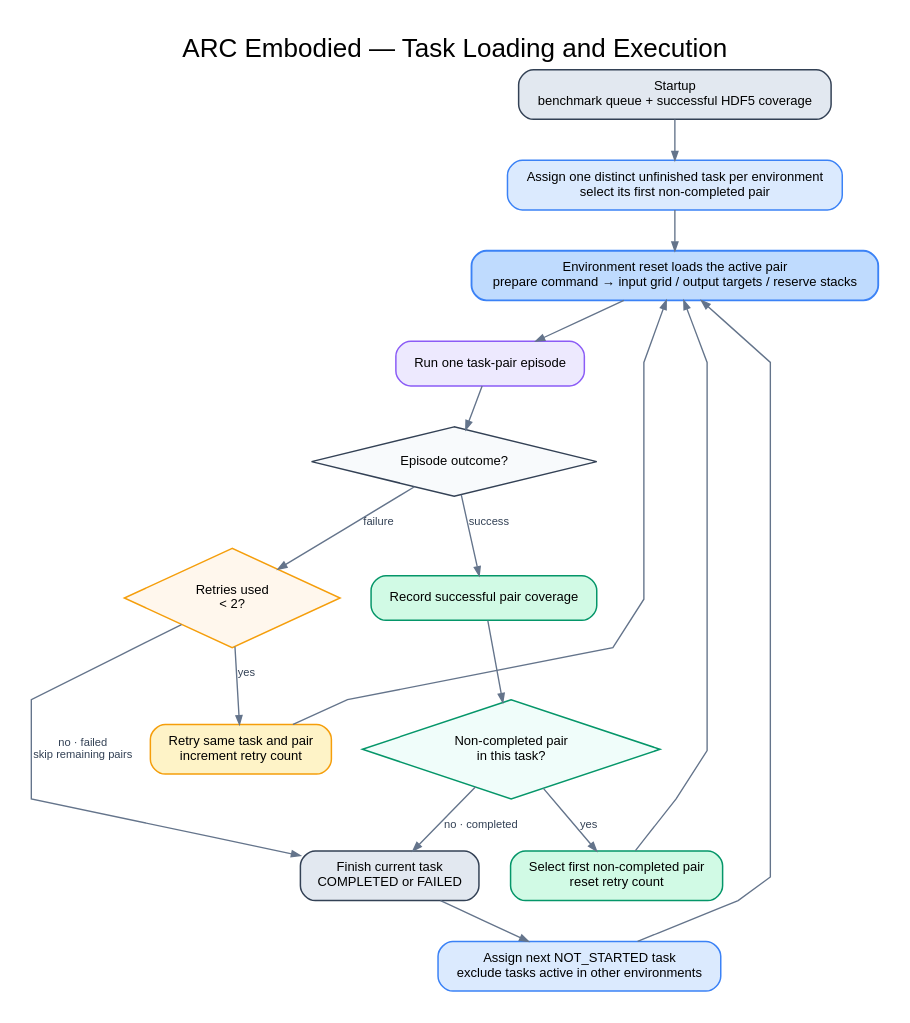
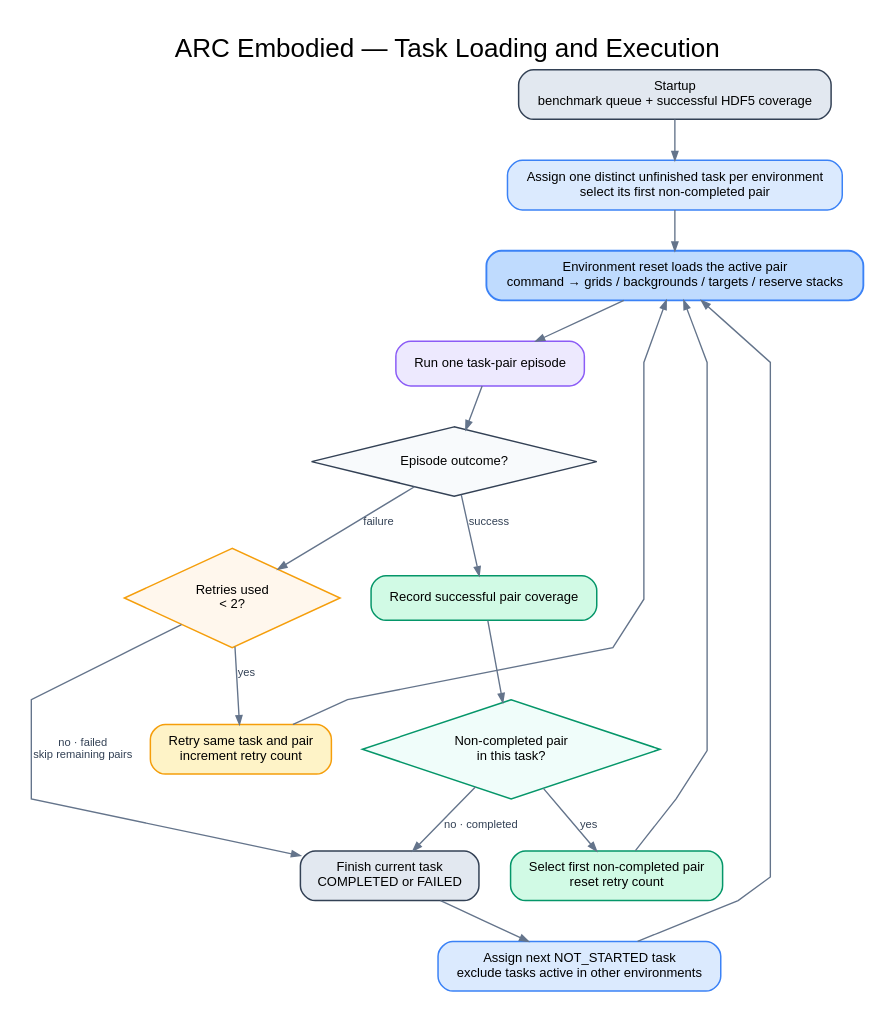
The diagram in source/era_bench/docs/architecture/arc_embodied_task_orchestration.dot (nardo7/era_bench), drawn with Graphviz before and after one commit. The commit also changed 25 other files, not shown here.

```diff
--- a/source/era_bench/docs/architecture/arc_embodied_task_orchestration.dot
+++ b/source/era_bench/docs/architecture/arc_embodied_task_orchestration.dot
@@ -1,124 +1,124 @@
 digraph ArcEmbodiedTaskOrchestration {
   graph [
     label="ARC Embodied — Task Loading and Execution",
     labelloc=t,
     fontsize=21,
     fontname="Arial",
     rankdir=TB,
     bgcolor="white",
     pad=0.25,
     nodesep=0.35,
     ranksep=0.45,
     splines=polyline
   ];
 
   node [
     shape=box,
     style="rounded,filled",
     fontname="Arial",
     fontsize=10.5,
     color="#334155",
     penwidth=1.2,
     margin="0.18,0.11"
   ];
 
   edge [
     color="#64748B",
     fontname="Arial",
     fontsize=9,
     fontcolor="#334155",
     arrowsize=0.7,
     penwidth=1.1
   ];
 
   startup [
     label="Startup\nbenchmark queue + successful HDF5 coverage",
     fillcolor="#E2E8F0"
   ];
 
   assign [
     label="Assign one distinct unfinished task per environment\nselect its first non-completed pair",
     fillcolor="#DBEAFE",
     color="#3B82F6"
   ];
 
   load [
-    label="Environment reset loads the active pair\nprepare command → input grid / output targets / reserve stacks",
+    label="Environment reset loads the active pair\ncommand → grids / backgrounds / targets / reserve stacks",
     fillcolor="#BFDBFE",
     color="#3B82F6",
     penwidth=1.5
   ];
 
   run [
     label="Run one task-pair episode",
     fillcolor="#EDE9FE",
     color="#8B5CF6"
   ];
 
   outcome [
     label="Episode outcome?",
     shape=diamond,
     style=filled,
     fillcolor="#F8FAFC"
   ];
 
   record_success [
     label="Record successful pair coverage",
     fillcolor="#D1FAE5",
     color="#059669"
   ];
 
   more_pairs [
     label="Non-completed pair\nin this task?",
     shape=diamond,
     style=filled,
     fillcolor="#F0FDFA",
     color="#059669"
   ];
 
   next_pair [
     label="Select first non-completed pair\nreset retry count",
     fillcolor="#D1FAE5",
     color="#059669"
   ];
 
   retries [
     label="Retries used\n< 2?",
     shape=diamond,
     style=filled,
     fillcolor="#FFF7ED",
     color="#F59E0B"
   ];
 
   retry_pair [
     label="Retry same task and pair\nincrement retry count",
     fillcolor="#FEF3C7",
     color="#F59E0B"
   ];
 
   task_finished [
     label="Finish current task\nCOMPLETED or FAILED",
     fillcolor="#E2E8F0"
   ];
 
   next_task [
     label="Assign next NOT_STARTED task\nexclude tasks active in other environments",
     fillcolor="#DBEAFE",
     color="#3B82F6"
   ];
 
   startup -> assign -> load -> run -> outcome;
 
   outcome -> record_success [label="success"];
   record_success -> more_pairs;
   more_pairs -> next_pair [label="yes"];
   next_pair -> load;
   more_pairs -> task_finished [label="no · completed"];
 
   outcome -> retries [label="failure"];
   retries -> retry_pair [label="yes"];
   retry_pair -> load;
   retries -> task_finished [label="no · failed\nskip remaining pairs"];
 
   task_finished -> next_task -> load;
 }
```
